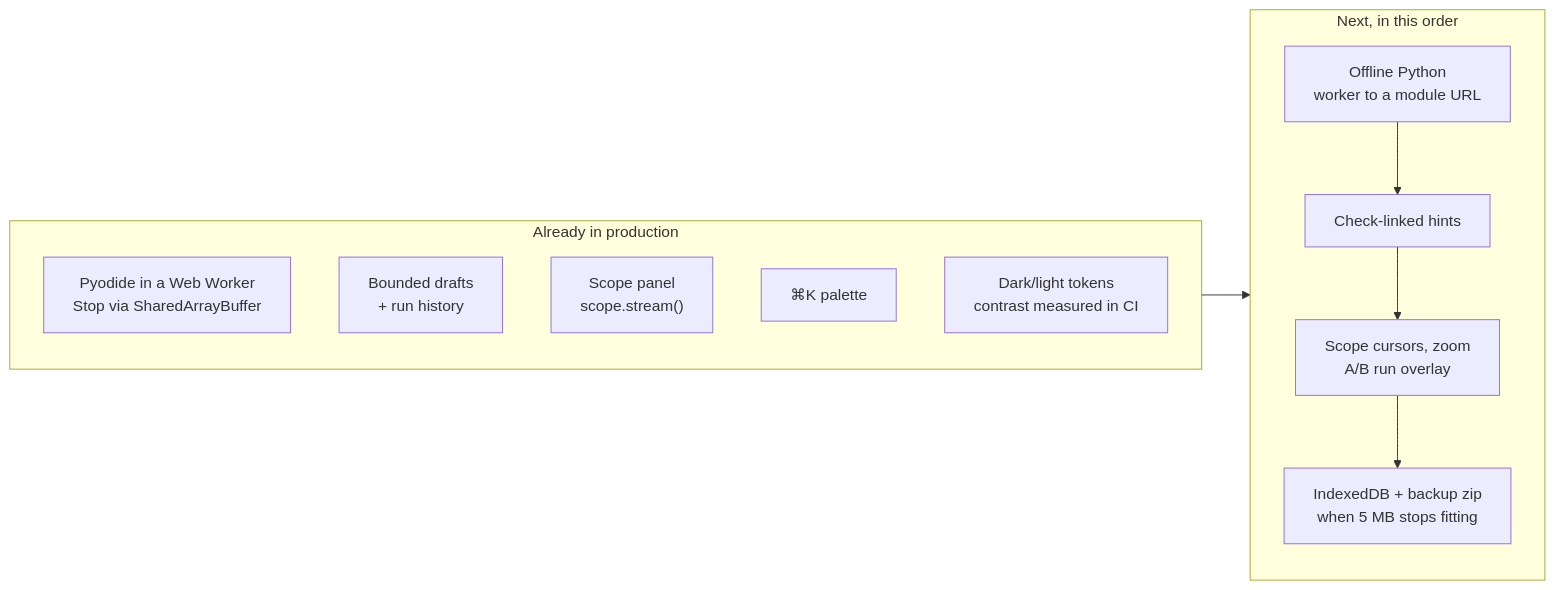
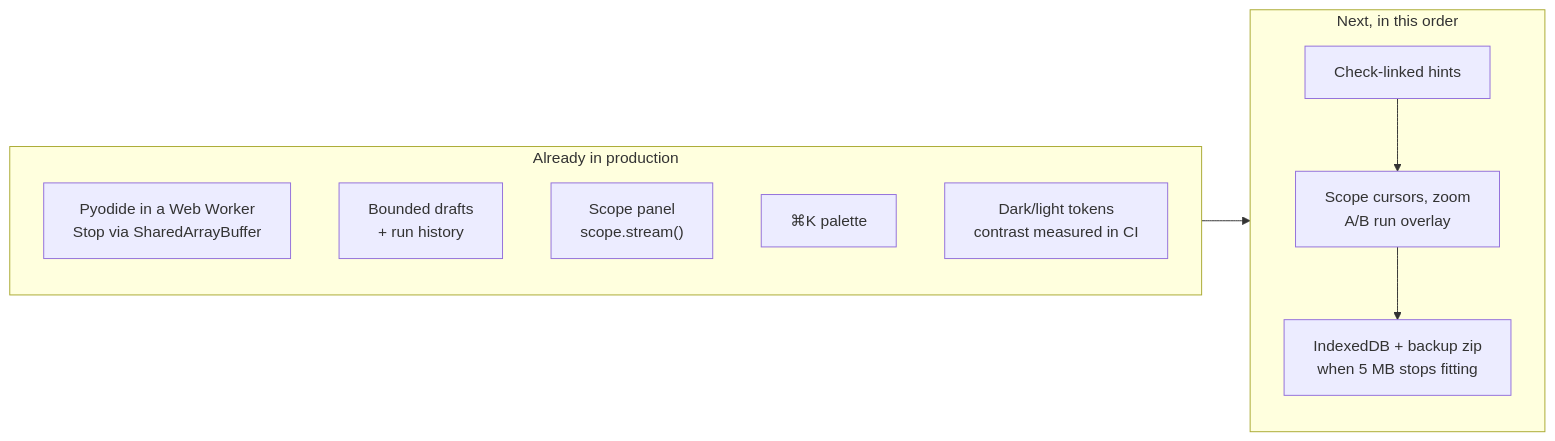
The diagram in docs/PLAN-2.0-GAP.md (TLE47/Mechatronics-Roadmap), drawn with Mermaid before and after one commit. The commit also changed other lines of this file and 6 other files, not shown here.

First line of the commit message:
Run a lesson offline: the worker becomes a real module

````diff
--- a/docs/PLAN-2.0-GAP.md
+++ b/docs/PLAN-2.0-GAP.md
@@ -8,16 +8,15 @@
 ```mermaid
 flowchart LR
     subgraph shipped["Already in production"]
         W["Pyodide in a Web Worker<br/>Stop via SharedArrayBuffer"]
         D["Bounded drafts<br/>+ run history"]
         S["Scope panel<br/>scope.stream()"]
         P["⌘K palette"]
         T["Dark/light tokens<br/>contrast measured in CI"]
     end
     subgraph next["Next, in this order"]
-        O["Offline Python<br/>worker to a module URL"] --> H["Check-linked hints"]
-        H --> A["Scope cursors, zoom<br/>A/B run overlay"]
+        H["Check-linked hints"] --> A["Scope cursors, zoom<br/>A/B run overlay"]
         A --> X["IndexedDB + backup zip<br/>when 5 MB stops fitting"]
     end
     shipped --> next
 ```
````
